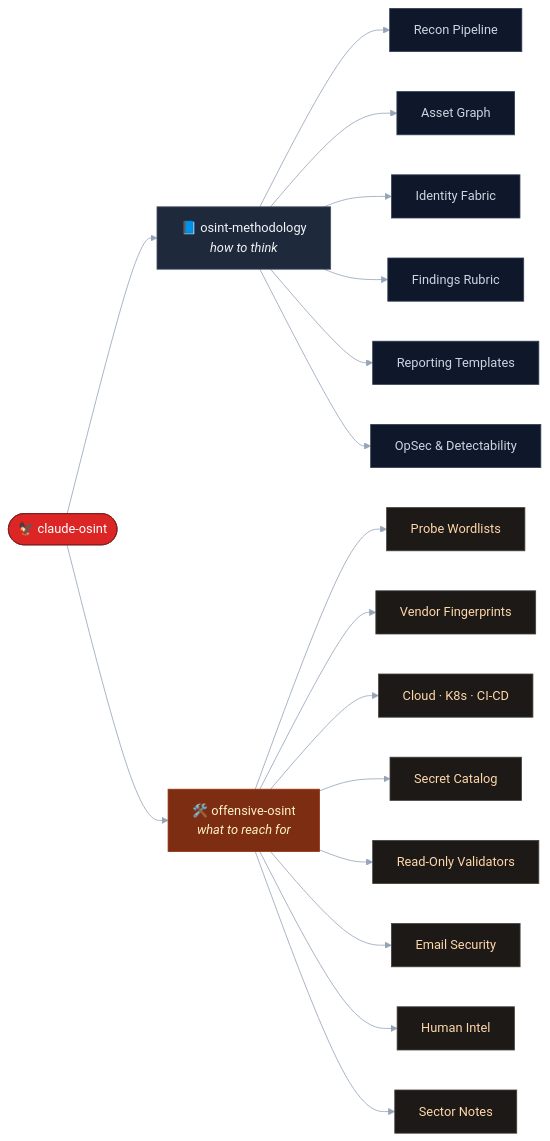
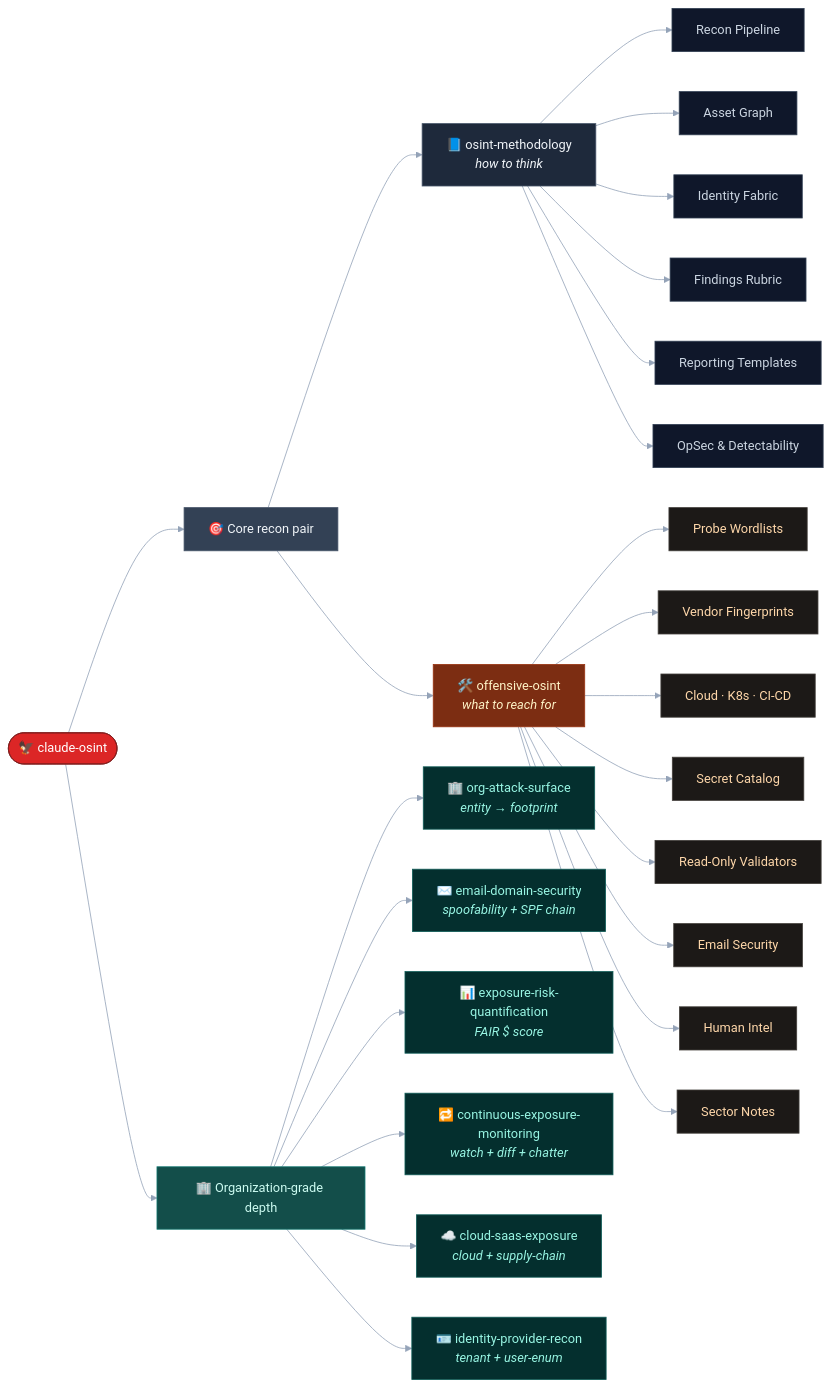
Before and after one commit to elementalsouls/Claude-OSINT: the first of 2 diagrams in README.md, drawn with Mermaid. The commit also changed other lines of this file, not shown here.

First line of the commit message:
docs(readme): document the six org-grade skills (2 → 8 skills)

````diff
--- a/README.md
+++ b/README.md
@@ -197,42 +227,60 @@
 ```mermaid
 %%{init: {'theme':'base', 'themeVariables': {'primaryColor':'#1e293b','primaryTextColor':'#f1f5f9','primaryBorderColor':'#475569','lineColor':'#94a3b8'}}}%%
 flowchart LR
     Root(["🦅 claude-osint"])
 
-    Root --> M["📘 osint-methodology<br/><i>how to think</i>"]
-    Root --> A["🛠️ offensive-osint<br/><i>what to reach for</i>"]
+    Root --> Core["🎯 Core recon pair"]
+    Root --> Depth["🏢 Organization-grade depth"]
+
+    Core --> M["📘 osint-methodology<br/><i>how to think</i>"]
+    Core --> A["🛠️ offensive-osint<br/><i>what to reach for</i>"]
+
+    Depth --> O["🏢 org-attack-surface<br/><i>entity → footprint</i>"]
+    Depth --> E["✉️ email-domain-security<br/><i>spoofability + SPF chain</i>"]
+    Depth --> R["📊 exposure-risk-quantification<br/><i>FAIR $ score</i>"]
+    Depth --> CM["🔁 continuous-exposure-monitoring<br/><i>watch + diff + chatter</i>"]
+    Depth --> CL["☁️ cloud-saas-exposure<br/><i>cloud + supply-chain</i>"]
+    Depth --> ID["🪪 identity-provider-recon<br/><i>tenant + user-enum</i>"]
 
     M --> M1[Recon Pipeline]
     M --> M2[Asset Graph]
     M --> M3[Identity Fabric]
     M --> M4[Findings Rubric]
     M --> M5[Reporting Templates]
     M --> M6[OpSec & Detectability]
 
     A --> A1[Probe Wordlists]
     A --> A2[Vendor Fingerprints]
     A --> A3[Cloud · K8s · CI-CD]
     A --> A4[Secret Catalog]
     A --> A5[Read-Only Validators]
     A --> A6[Email Security]
     A --> A7[Human Intel]
     A --> A8[Sector Notes]
 
     style Root fill:#dc2626,stroke:#7f1d1d,color:#fff
     style M fill:#1e293b,stroke:#475569,color:#f1f5f9
     style A fill:#7c2d12,stroke:#9a3412,color:#fef3c7
     style M1 fill:#0f172a,stroke:#334155,color:#cbd5e1
     style M2 fill:#0f172a,stroke:#334155,color:#cbd5e1
     style M3 fill:#0f172a,stroke:#334155,color:#cbd5e1
     style M4 fill:#0f172a,stroke:#334155,color:#cbd5e1
     style M5 fill:#0f172a,stroke:#334155,color:#cbd5e1
     style M6 fill:#0f172a,stroke:#334155,color:#cbd5e1
     style A1 fill:#1c1917,stroke:#44403c,color:#fed7aa
     style A2 fill:#1c1917,stroke:#44403c,color:#fed7aa
     style A3 fill:#1c1917,stroke:#44403c,color:#fed7aa
     style A4 fill:#1c1917,stroke:#44403c,color:#fed7aa
     style A5 fill:#1c1917,stroke:#44403c,color:#fed7aa
     style A6 fill:#1c1917,stroke:#44403c,color:#fed7aa
     style A7 fill:#1c1917,stroke:#44403c,color:#fed7aa
     style A8 fill:#1c1917,stroke:#44403c,color:#fed7aa
+    style Core fill:#334155,stroke:#475569,color:#f1f5f9
+    style Depth fill:#134e4a,stroke:#0f766e,color:#ccfbf1
+    style O fill:#042f2e,stroke:#115e59,color:#99f6e4
+    style E fill:#042f2e,stroke:#115e59,color:#99f6e4
+    style R fill:#042f2e,stroke:#115e59,color:#99f6e4
+    style CM fill:#042f2e,stroke:#115e59,color:#99f6e4
+    style CL fill:#042f2e,stroke:#115e59,color:#99f6e4
+    style ID fill:#042f2e,stroke:#115e59,color:#99f6e4
 ```
````
